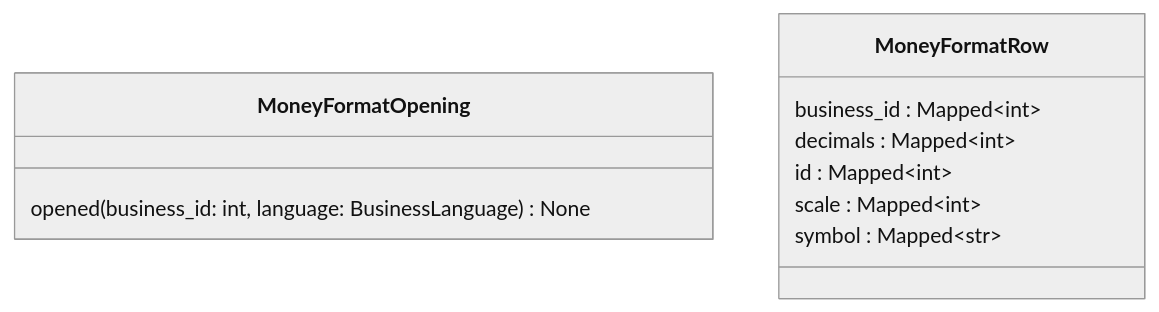
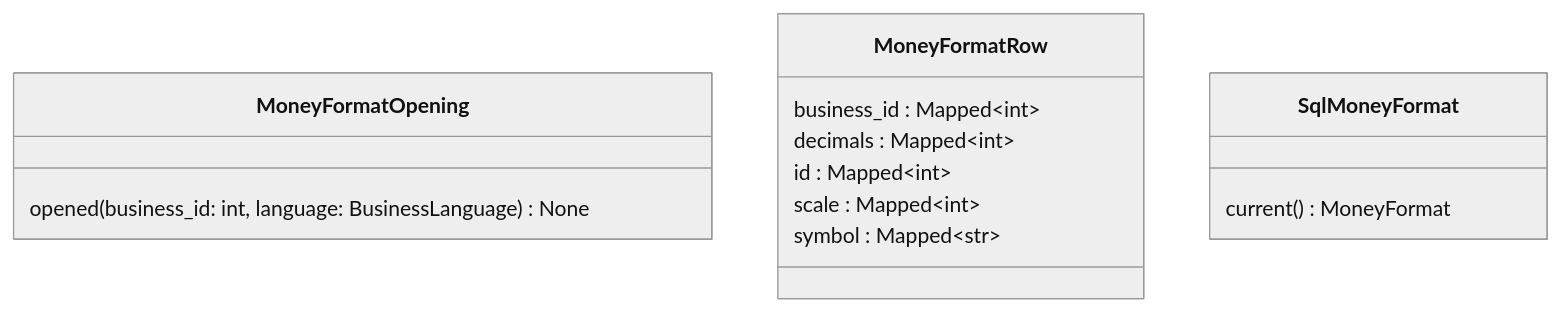
The second of 2 diagrams in docs/architecture/generated/classes/money_format.md (GonzaloZevallos/apostrophe), drawn with Mermaid (neutral theme) before and after one commit. The commit also changed other lines of this file and 1 other file, not shown here.

Commit message:
Refresh the generated class docs for the money seam

````diff
--- a/docs/architecture/generated/classes/money_format.md
+++ b/docs/architecture/generated/classes/money_format.md
@@ -34,13 +37,16 @@
 ```mermaid
 classDiagram
   class MoneyFormatOpening {
     opened(business_id: int, language: BusinessLanguage) None
   }
   class MoneyFormatRow {
     business_id : Mapped~int~
     decimals : Mapped~int~
     id : Mapped~int~
     scale : Mapped~int~
     symbol : Mapped~str~
   }
+  class SqlMoneyFormat {
+    current() MoneyFormat
+  }
 ```
````
